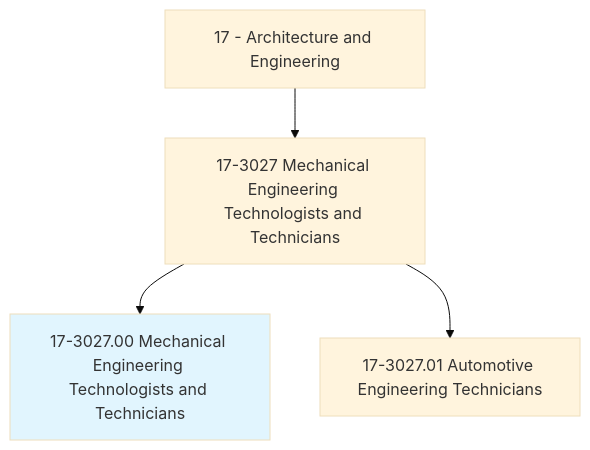
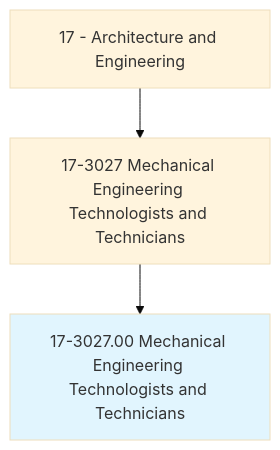
One commit to kziemski/business.org.ai changed the first of 4 diagrams in occupations/Architecture/MechanicalEngineeringTechnologistsAndTechnicians.mdx. Above: the diagram before and after it, drawn with Mermaid (base theme). The commit also changed other lines of this file and 938 other files, not shown here.

````diff
--- a/occupations/Architecture/MechanicalEngineeringTechnologistsAndTechnicians.mdx
+++ b/occupations/Architecture/MechanicalEngineeringTechnologistsAndTechnicians.mdx
@@ -19,7 +23,6 @@
 ```mermaid
 graph TD
     Cat17["17 - Architecture and Engineering"] --> Group173027["17-3027 Mechanical Engineering Technologists and Technicians"]
     Group173027 --> Current["17-3027.00 Mechanical Engineering Technologists and Technicians"]
     style Current fill:#e1f5fe
-    Group173027 --> V17302701["17-3027.01 Automotive Engineering Technicians"]
 ```
````
